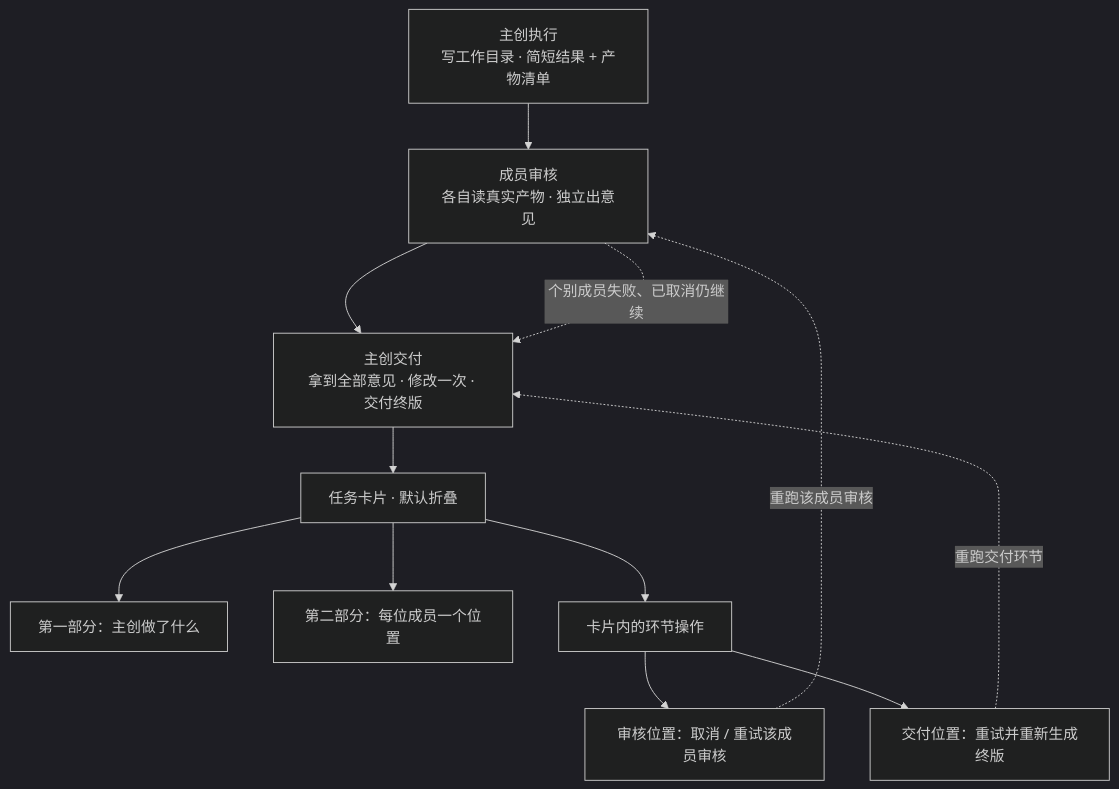
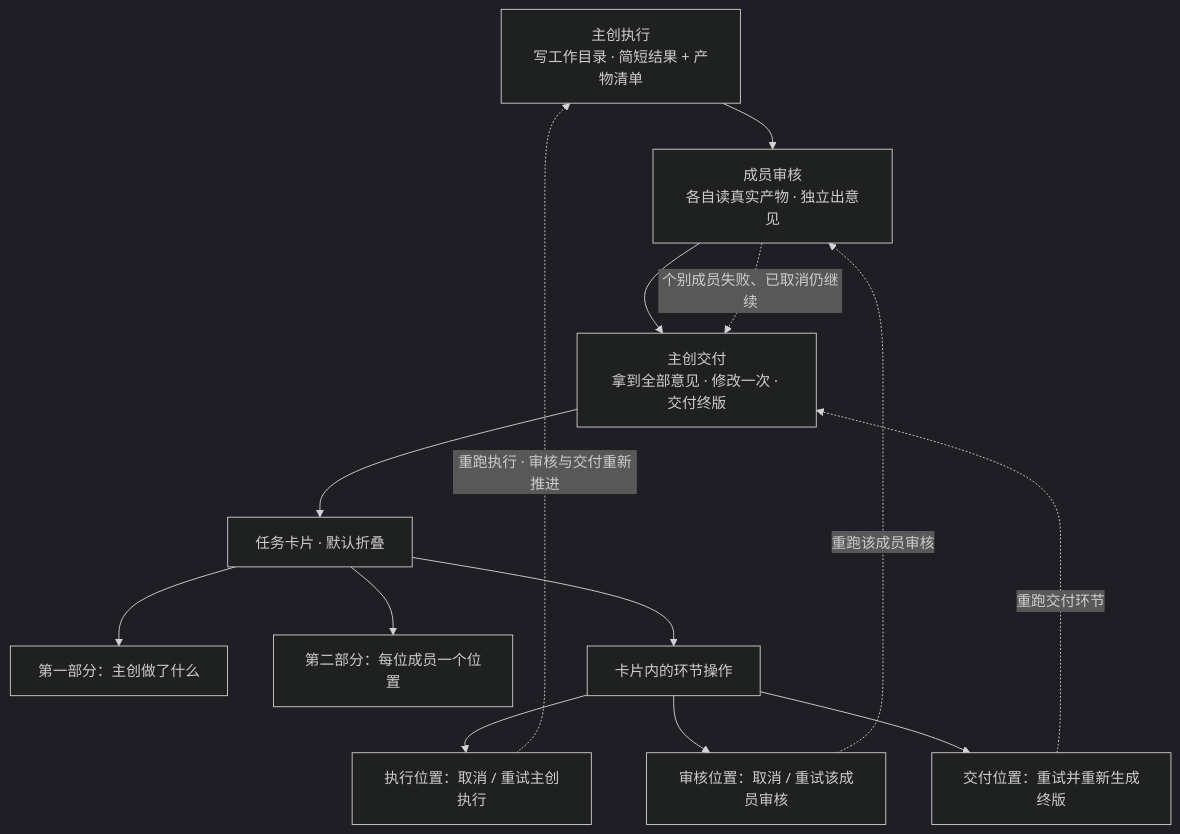
The second of 2 diagrams in docs/task-review-protocol.md (BinaryAlan/ai-atelier), drawn with Mermaid (dark theme) before and after one commit. The commit also changed other lines of this file, not shown here.

````diff
--- a/docs/task-review-protocol.md
+++ b/docs/task-review-protocol.md
@@ -252,14 +254,16 @@
 ```mermaid
 flowchart TD
     A["主创执行<br/>写工作目录 · 简短结果 + 产物清单"] --> B["成员审核<br/>各自读真实产物 · 独立出意见"]
     B --> C["主创交付<br/>拿到全部意见 · 修改一次 · 交付终版"]
     C --> D["任务卡片 · 默认折叠"]
     D --> E["第一部分：主创做了什么"]
     D --> F["第二部分：每位成员一个位置"]
     D --> G["卡片内的环节操作"]
+    G --> G0["执行位置：取消 / 重试主创执行"]
     G --> G1["审核位置：取消 / 重试该成员审核"]
     G --> G2["交付位置：重试并重新生成终版"]
+    G0 -.->|"重跑执行 · 审核与交付重新推进"| A
     G1 -.->|"重跑该成员审核"| B
     G2 -.->|"重跑交付环节"| C
     B -.->|"个别成员失败、已取消仍继续"| C
 ```
````
